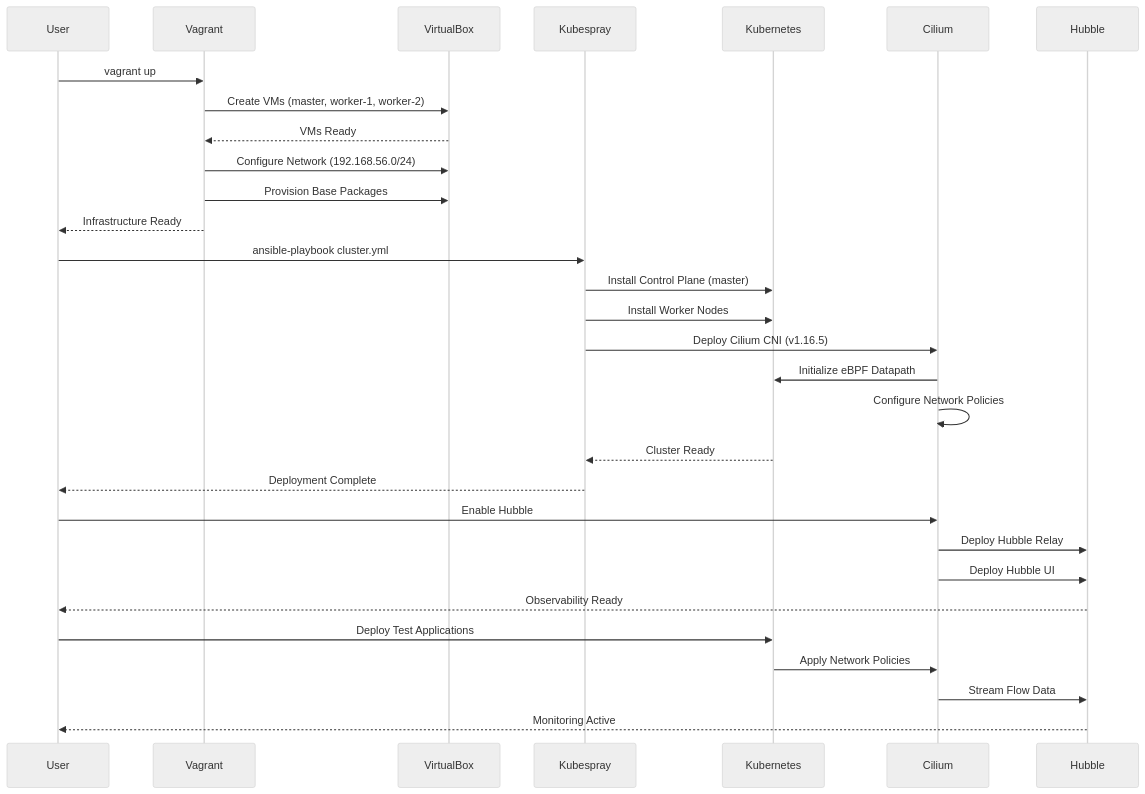
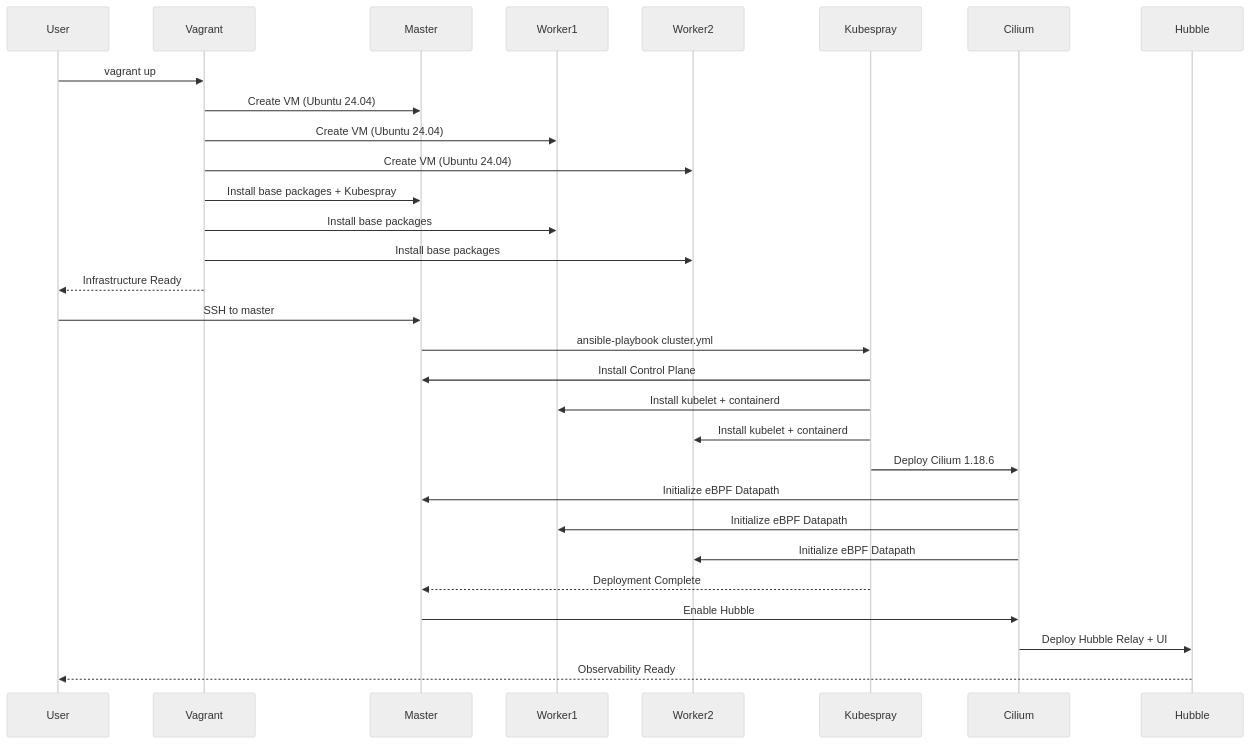
One commit to zapan1015/kubespray_cilium changed the second of 2 diagrams in .kiro/specs/cilium-k8s-cluster-setup/design.md. Above: the diagram before and after it, drawn with Mermaid (neutral theme). The commit also changed other lines of this file and 2 other files, not shown here.

Commit message:
Redesign Cilium K8s cluster setup: Ubuntu 24.04, K8s 1.35.1, Cilium 1.18.6 with Kubespray self-contained deployment

````diff
--- a/.kiro/specs/cilium-k8s-cluster-setup/design.md
+++ b/.kiro/specs/cilium-k8s-cluster-setup/design.md
@@ -108,36 +72,34 @@
 ```mermaid
 sequenceDiagram
     participant User
     participant Vagrant
-    participant VirtualBox
+    participant Master
+    participant Worker1
+    participant Worker2
     participant Kubespray
-    participant Kubernetes
     participant Cilium
-    participant Hubble
     
     User->>Vagrant: vagrant up
-    Vagrant->>VirtualBox: Create VMs (master, worker-1, worker-2)
-    VirtualBox-->>Vagrant: VMs Ready
-    Vagrant->>VirtualBox: Configure Network (192.168.56.0/24)
-    Vagrant->>VirtualBox: Provision Base Packages
+    Vagrant->>Master: Create VM (Ubuntu 24.04)
+    Vagrant->>Worker1: Create VM (Ubuntu 24.04)
+    Vagrant->>Worker2: Create VM (Ubuntu 24.04)
+    Vagrant->>Master: Install base packages + Kubespray
+    Vagrant->>Worker1: Install base packages
+    Vagrant->>Worker2: Install base packages
     Vagrant-->>User: Infrastructure Ready
     
-    User->>Kubespray: ansible-playbook cluster.yml
-    Kubespray->>Kubernetes: Install Control Plane (master)
-    Kubespray->>Kubernetes: Install Worker Nodes
-    Kubespray->>Cilium: Deploy Cilium CNI (v1.16.5)
-    Cilium->>Kubernetes: Initialize eBPF Datapath
-    Cilium->>Cilium: Configure Network Policies
-    Kubernetes-->>Kubespray: Cluster Ready
-    Kubespray-->>User: Deployment Complete
+    User->>Master: SSH to master
+    Master->>Kubespray: ansible-playbook cluster.yml
+    Kubespray->>Master: Install Control Plane
+    Kubespray->>Worker1: Install kubelet + containerd
+    Kubespray->>Worker2: Install kubelet + containerd
+    Kubespray->>Cilium: Deploy Cilium 1.18.6
+    Cilium->>Master: Initialize eBPF Datapath
+    Cilium->>Worker1: Initialize eBPF Datapath
+    Cilium->>Worker2: Initialize eBPF Datapath
+    Kubespray-->>Master: Deployment Complete
     
-    User->>Cilium: Enable Hubble
-    Cilium->>Hubble: Deploy Hubble Relay
-    Cilium->>Hubble: Deploy Hubble UI
+    Master->>Cilium: Enable Hubble
+    Cilium->>Hubble: Deploy Hubble Relay + UI
     Hubble-->>User: Observability Ready
-    
-    User->>Kubernetes: Deploy Test Applications
-    Kubernetes->>Cilium: Apply Network Policies
-    Cilium->>Hubble: Stream Flow Data
-    Hubble-->>User: Monitoring Active
 ```
````
